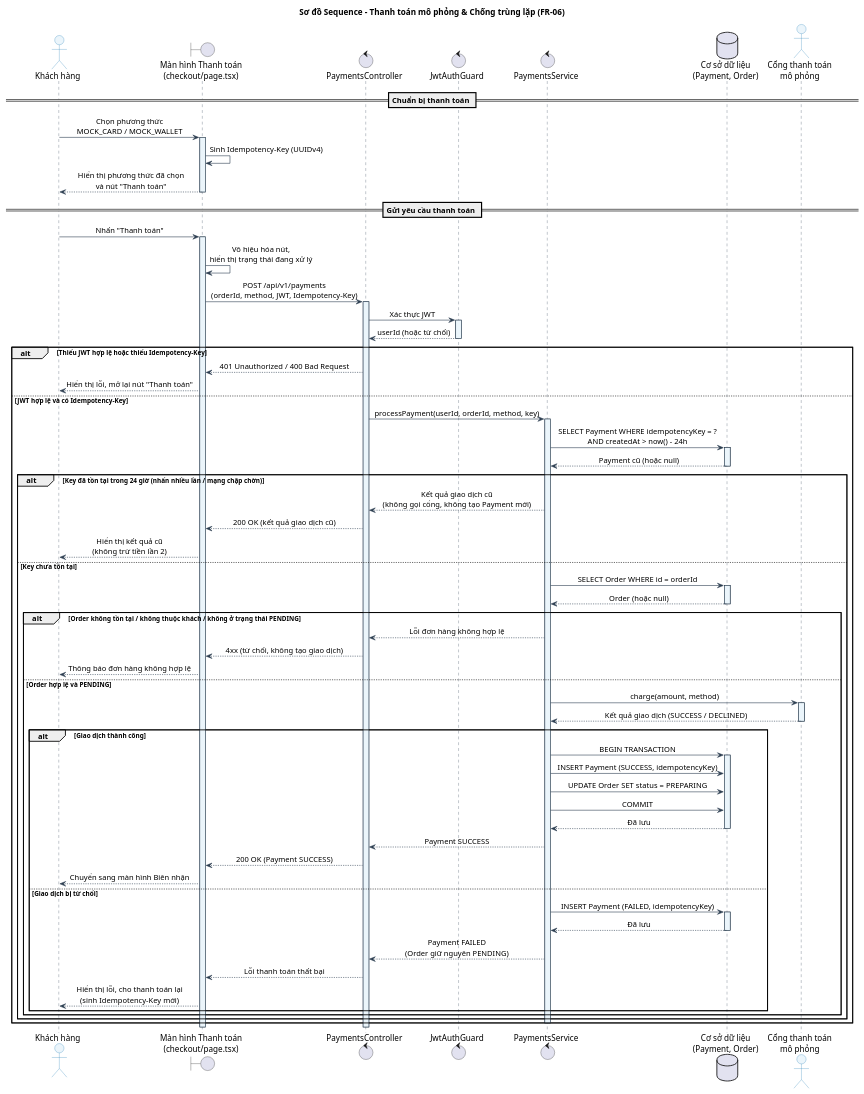
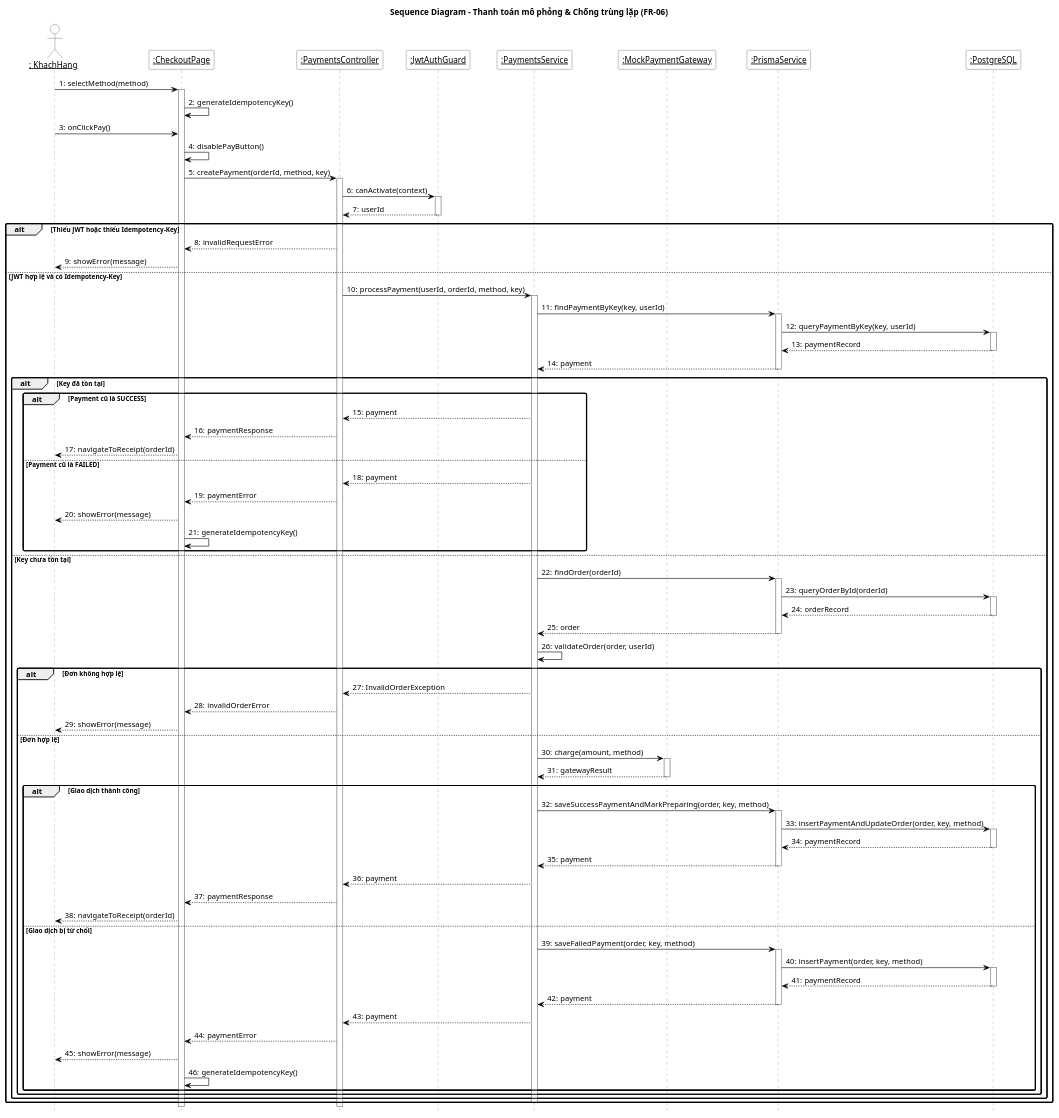
Before and after one commit to Phuc280106/BrewLite2: the diagram in docs/diagrams/payment/sequence-payment.puml, drawn with PlantUML. The commit also changed 1 other file, not shown here.

Commit message:
docs(diagrams): Chỉnh sửa lại sequence diagram của chức năng payment

```diff
--- a/docs/diagrams/payment/sequence-payment.puml
+++ b/docs/diagrams/payment/sequence-payment.puml
@@ -1,107 +1,124 @@
 @startuml
-title Sơ đồ Sequence - Thanh toán mô phỏng & Chống trùng lặp (FR-06)
+title Sequence Diagram - Thanh toán mô phỏng & Chống trùng lặp (FR-06)
+
+autonumber "0:"
+hide footbox
 
 skinparam backgroundColor white
+skinparam shadowing false
+skinparam roundcorner 5
+skinparam sequenceMessageAlign left
+skinparam ParticipantPadding 15
 skinparam sequence {
-    ArrowColor #2C3E50
-    LifeLineBorderColor #2C3E50
-    LifeLineBorderThickness 1.5
-    LifeLineBackgroundColor #EBF5FB
-    ParticipantBorderColor #2980B9
-    ParticipantBackgroundColor #EBF5FB
-    ParticipantFontColor #1B4F72
-    ActorBorderColor #2980B9
-    ActorBackgroundColor #EBF5FB
-    BoxBorderColor #2C3E50
-    BoxBackgroundColor #FFFFFF
-    MessageAlign center
-    ResponseMessageBelowArrow true
+    ParticipantBackgroundColor white
+    ParticipantBorderColor #333333
+    ActorBackgroundColor white
+    ActorBorderColor #333333
+    LifeLineBorderColor #888888
+    LifeLineBackgroundColor white
+    ArrowColor black
+    GroupBorderThickness 2
 }
 
-actor "Khách hàng" as User
-boundary "Màn hình Thanh toán\n(checkout/page.tsx)" as CheckoutUI
-control "PaymentsController" as Controller
-control "JwtAuthGuard" as Guard
-control "PaymentsService" as Service
-database "Cơ sở dữ liệu\n(Payment, Order)" as DB
-actor "Cổng thanh toán\nmô phỏng" as Gateway
+actor "<u>: KhachHang</u>" as User
+participant "<u>:CheckoutPage</u>" as UI
+participant "<u>:PaymentsController</u>" as Controller
+participant "<u>:JwtAuthGuard</u>" as Guard
+participant "<u>:PaymentsService</u>" as Service
+participant "<u>:MockPaymentGateway</u>" as Gateway
+participant "<u>:PrismaService</u>" as Prisma
+participant "<u>:PostgreSQL</u>" as DB
 
-== Chuẩn bị thanh toán ==
-User -> CheckoutUI : Chọn phương thức\nMOCK_CARD / MOCK_WALLET
-activate CheckoutUI
-CheckoutUI -> CheckoutUI : Sinh Idempotency-Key (UUIDv4)
-CheckoutUI --> User : Hiển thị phương thức đã chọn\nvà nút "Thanh toán"
-deactivate CheckoutUI
-
-== Gửi yêu cầu thanh toán ==
-User -> CheckoutUI : Nhấn "Thanh toán"
-activate CheckoutUI
-CheckoutUI -> CheckoutUI : Vô hiệu hóa nút,\nhiển thị trạng thái đang xử lý
-CheckoutUI -> Controller : POST /api/v1/payments\n(orderId, method, JWT, Idempotency-Key)
+User -> UI : selectMethod(method)
+activate UI
+UI -> UI : generateIdempotencyKey()
+User -> UI : onClickPay()
+UI -> UI : disablePayButton()
+UI -> Controller : createPayment(orderId, method, key)
 activate Controller
-
-Controller -> Guard : Xác thực JWT
+Controller -> Guard : canActivate(context)
 activate Guard
-Guard --> Controller : userId (hoặc từ chối)
+Guard --> Controller : userId
 deactivate Guard
 
-alt Thiếu JWT hợp lệ hoặc thiếu Idempotency-Key
-    Controller --> CheckoutUI : 401 Unauthorized / 400 Bad Request
-    CheckoutUI --> User : Hiển thị lỗi, mở lại nút "Thanh toán"
+alt Thiếu JWT hoặc thiếu Idempotency-Key
+    Controller --> UI : invalidRequestError
+    UI --> User : showError(message)
 else JWT hợp lệ và có Idempotency-Key
     Controller -> Service : processPayment(userId, orderId, method, key)
     activate Service
+    Service -> Prisma : findPaymentByKey(key, userId)
+    activate Prisma
+    Prisma -> DB : queryPaymentByKey(key, userId)
+    activate DB
+    DB --> Prisma : paymentRecord
+    deactivate DB
+    Prisma --> Service : payment
+    deactivate Prisma
 
-    Service -> DB : SELECT Payment WHERE idempotencyKey = ?\nAND createdAt > now() - 24h
-    activate DB
-    DB --> Service : Payment cũ (hoặc null)
-    deactivate DB
+    alt Key đã tồn tại
+        alt Payment cũ là SUCCESS
+            Service --> Controller : payment
+            Controller --> UI : paymentResponse
+            UI --> User : navigateToReceipt(orderId)
+        else Payment cũ là FAILED
+            Service --> Controller : payment
+            Controller --> UI : paymentError
+            UI --> User : showError(message)
+            UI -> UI : generateIdempotencyKey()
+        end
+    else Key chưa tồn tại
+        Service -> Prisma : findOrder(orderId)
+        activate Prisma
+        Prisma -> DB : queryOrderById(orderId)
+        activate DB
+        DB --> Prisma : orderRecord
+        deactivate DB
+        Prisma --> Service : order
+        deactivate Prisma
+        Service -> Service : validateOrder(order, userId)
 
-    alt Key đã tồn tại trong 24 giờ (nhấn nhiều lần / mạng chập chờn)
-        Service --> Controller : Kết quả giao dịch cũ\n(không gọi cổng, không tạo Payment mới)
-        Controller --> CheckoutUI : 200 OK (kết quả giao dịch cũ)
-        CheckoutUI --> User : Hiển thị kết quả cũ\n(không trừ tiền lần 2)
-    else Key chưa tồn tại
-        Service -> DB : SELECT Order WHERE id = orderId
-        activate DB
-        DB --> Service : Order (hoặc null)
-        deactivate DB
-
-        alt Order không tồn tại / không thuộc khách / không ở trạng thái PENDING
-            Service --> Controller : Lỗi đơn hàng không hợp lệ
-            Controller --> CheckoutUI : 4xx (từ chối, không tạo giao dịch)
-            CheckoutUI --> User : Thông báo đơn hàng không hợp lệ
-        else Order hợp lệ và PENDING
+        alt Đơn không hợp lệ
+            Service --> Controller : InvalidOrderException
+            Controller --> UI : invalidOrderError
+            UI --> User : showError(message)
+        else Đơn hợp lệ
             Service -> Gateway : charge(amount, method)
             activate Gateway
-            Gateway --> Service : Kết quả giao dịch (SUCCESS / DECLINED)
+            Gateway --> Service : gatewayResult
             deactivate Gateway
 
             alt Giao dịch thành công
-                Service -> DB : BEGIN TRANSACTION
+                Service -> Prisma : saveSuccessPaymentAndMarkPreparing(order, key, method)
+                activate Prisma
+                Prisma -> DB : insertPaymentAndUpdateOrder(order, key, method)
                 activate DB
-                Service -> DB : INSERT Payment (SUCCESS, idempotencyKey)
-                Service -> DB : UPDATE Order SET status = PREPARING
-                Service -> DB : COMMIT
-                DB --> Service : Đã lưu
+                DB --> Prisma : paymentRecord
                 deactivate DB
-                Service --> Controller : Payment SUCCESS
-                Controller --> CheckoutUI : 200 OK (Payment SUCCESS)
-                CheckoutUI --> User : Chuyển sang màn hình Biên nhận
+                Prisma --> Service : payment
+                deactivate Prisma
+                Service --> Controller : payment
+                Controller --> UI : paymentResponse
+                UI --> User : navigateToReceipt(orderId)
             else Giao dịch bị từ chối
-                Service -> DB : INSERT Payment (FAILED, idempotencyKey)
+                Service -> Prisma : saveFailedPayment(order, key, method)
+                activate Prisma
+                Prisma -> DB : insertPayment(order, key, method)
                 activate DB
-                DB --> Service : Đã lưu
+                DB --> Prisma : paymentRecord
                 deactivate DB
-                Service --> Controller : Payment FAILED\n(Order giữ nguyên PENDING)
-                Controller --> CheckoutUI : Lỗi thanh toán thất bại
-                CheckoutUI --> User : Hiển thị lỗi, cho thanh toán lại\n(sinh Idempotency-Key mới)
+                Prisma --> Service : payment
+                deactivate Prisma
+                Service --> Controller : payment
+                Controller --> UI : paymentError
+                UI --> User : showError(message)
+                UI -> UI : generateIdempotencyKey()
             end
         end
     end
     deactivate Service
 end
 deactivate Controller
-deactivate CheckoutUI
+deactivate UI
 
 @enduml
```
